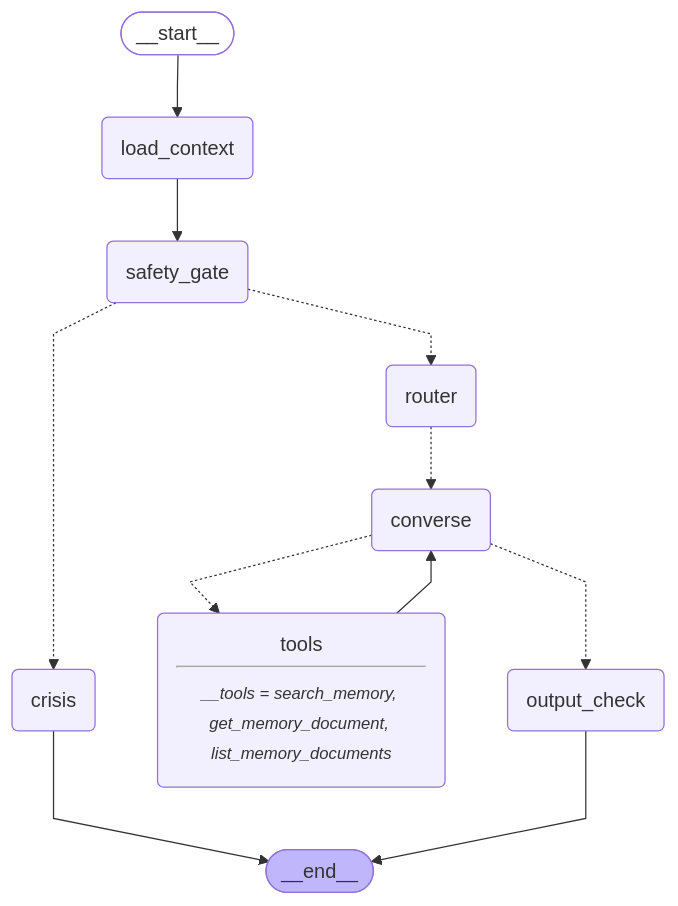
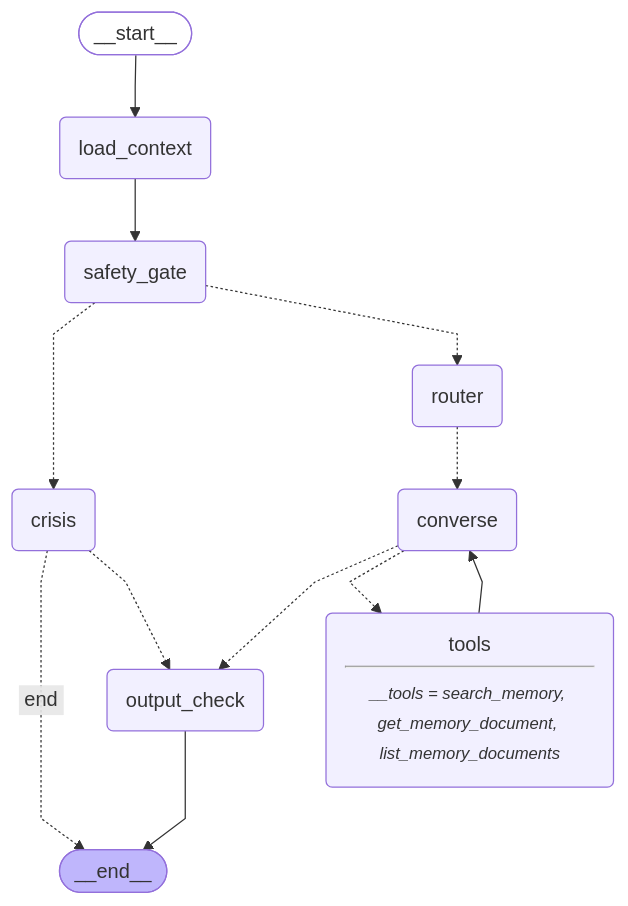
Before and after one commit to hazardouspilot/couples_agent: the diagram in docs/graph.md, drawn with Mermaid. The commit also changed 10 other files, not shown here.

````diff
--- a/docs/graph.md
+++ b/docs/graph.md
@@ -6,30 +6,31 @@
 ```mermaid
 ---
 config:
   flowchart:
     curve: linear
 ---
 graph TD;
 	__start__([<p>__start__</p>]):::first
 	load_context(load_context)
 	safety_gate(safety_gate)
 	crisis(crisis)
 	router(router)
 	converse(converse)
 	tools(tools<hr/><small><em>__tools = search_memory, get_memory_document, list_memory_documents</em></small>)
 	output_check(output_check)
 	__end__([<p>__end__</p>]):::last
 	__start__ --> load_context;
 	converse -.-> output_check;
 	converse -.-> tools;
+	crisis -. &nbsp;end&nbsp; .-> __end__;
+	crisis -.-> output_check;
 	load_context --> safety_gate;
 	router -.-> converse;
 	safety_gate -.-> crisis;
 	safety_gate -.-> router;
 	tools --> converse;
-	crisis --> __end__;
 	output_check --> __end__;
 	classDef default fill:#f2f0ff,line-height:1.2
 	classDef first fill-opacity:0
 	classDef last fill:#bfb6fc
 ```
````
